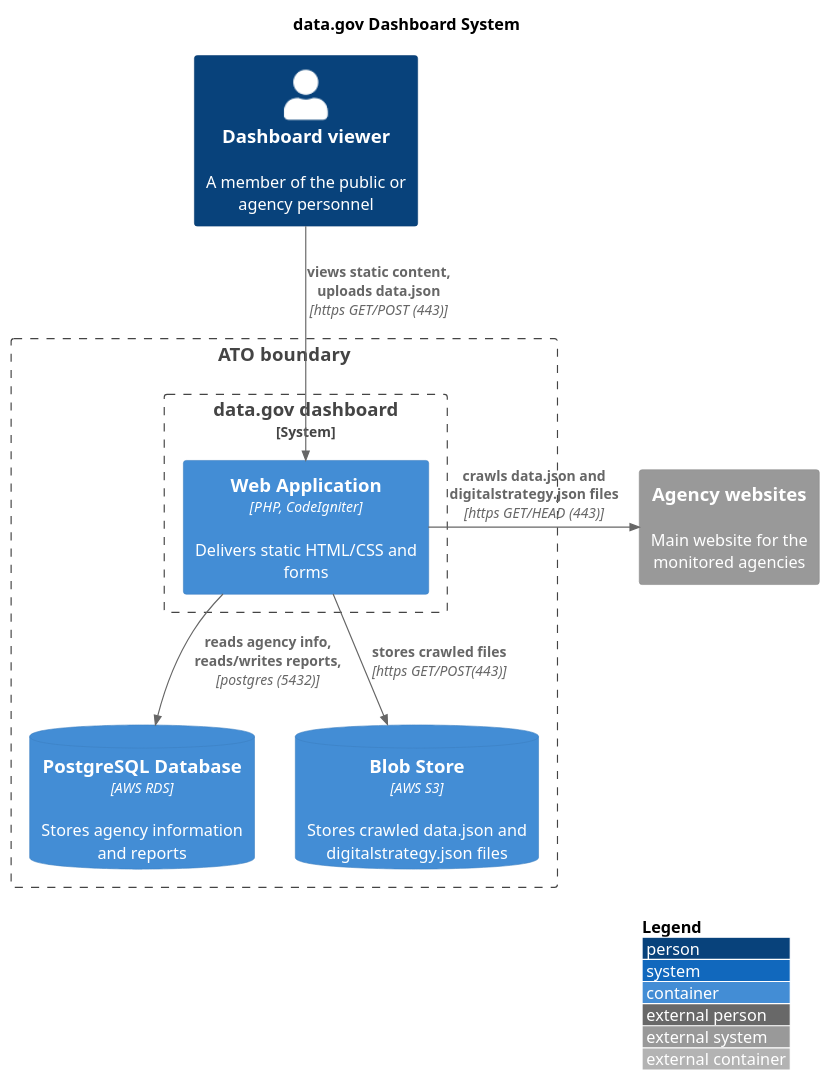
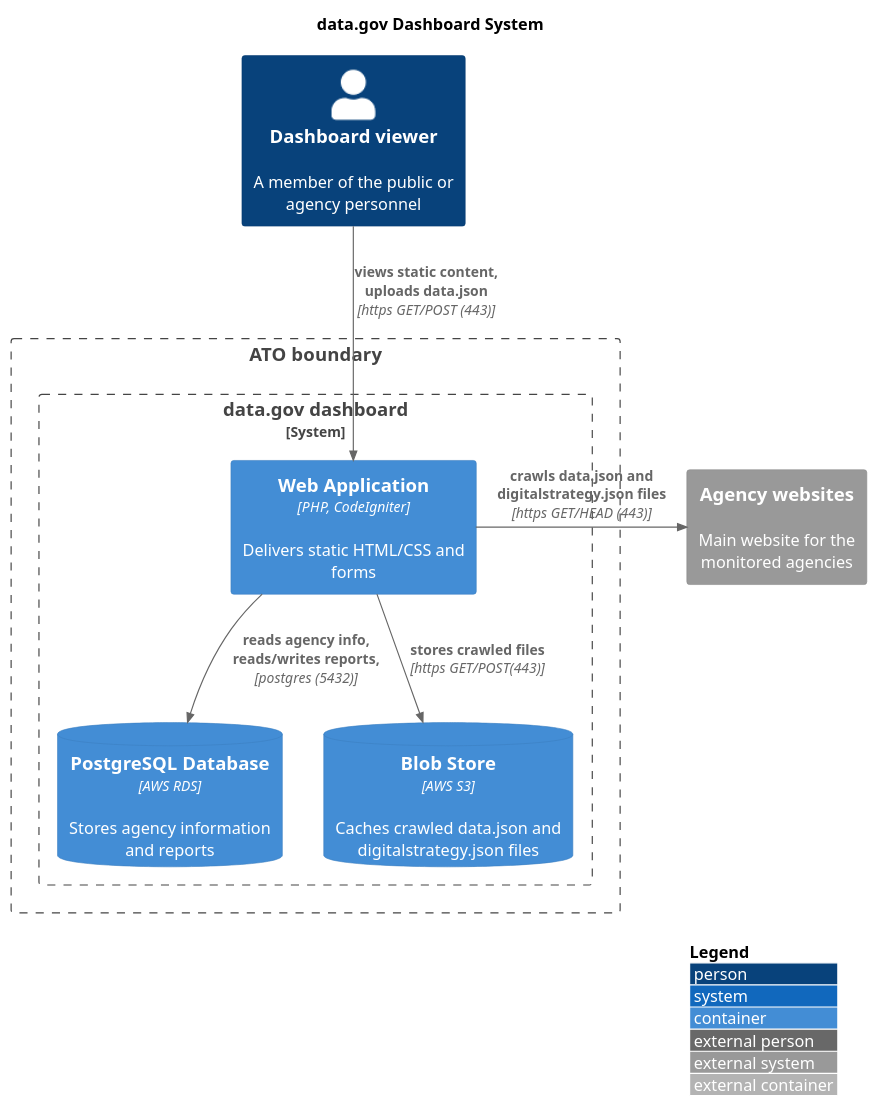
One commit to GSA/datagov-compliance changed the diagram in src/1 datagov Dashboard System/system.puml. Above: the diagram before and after it, drawn with PlantUML.

Commit message:
On the blob store: s/Stores/Caches/

```diff
--- a/src/1 datagov Dashboard System/system.puml
+++ b/src/1 datagov Dashboard System/system.puml
@@ -1,25 +1,25 @@
 @startuml
 !include https://raw.githubusercontent.com/adrianvlupu/C4-PlantUML/master/C4_Container.puml
 ' uncomment the following line and comment the first to use locally
 ' !include C4_Container.puml
 
 LAYOUT_WITH_LEGEND()
 title data.gov Dashboard System
 
 Person(public, "Dashboard viewer", "A member of the public or agency personnel")
 
 Boundary(atob, "ATO boundary") {
     System_Boundary(dashboard, "data.gov dashboard") {
         Container(dashboard_app, "Web Application", "PHP, CodeIgniter", "Delivers static HTML/CSS and forms")
+        ContainerDb(dashboard_db, "PostgreSQL Database", "AWS RDS", "Stores agency information and reports")
+        ContainerDb(dashboard_s3, "Blob Store", "AWS S3", "Caches crawled data.json and digitalstrategy.json files")
     }
-    ContainerDb(dashboard_db, "PostgreSQL Database", "AWS RDS", "Stores agency information and reports")
-    ContainerDb(dashboard_s3, "Blob Store", "AWS S3", "Stores crawled data.json and digitalstrategy.json files")
 }
 
 System_Ext(agencysites, "Agency websites", "Main website for the monitored agencies")
 
 Rel(public, dashboard_app, "views static content, uploads data.json", "https GET/POST (443)")
 Rel_Neighbor(dashboard_app, agencysites, "crawls data.json and digitalstrategy.json files", "https GET/HEAD (443)") 
 Rel(dashboard_app, dashboard_db, "reads agency info, reads/writes reports, ", "postgres (5432)")
 Rel(dashboard_app, dashboard_s3, "stores crawled files", "https GET/POST(443)")
 @enduml
```
